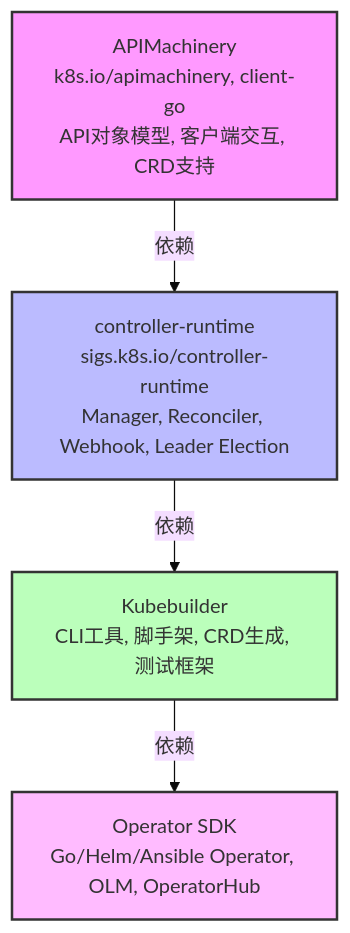
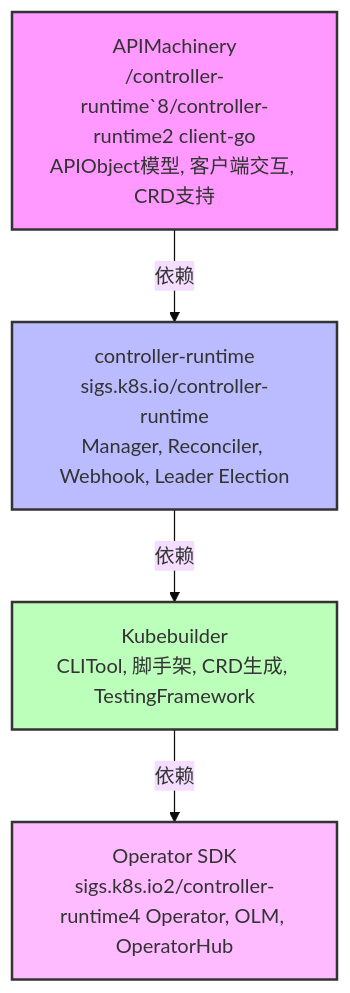
One commit to liweinan/deepseek-answers changed the first of 2 diagrams in files/controller-runtime.md. Above: the diagram before and after it, drawn with Mermaid (base theme). The commit also changed other lines of this file and 135 other files, not shown here.

````diff
--- a/files/controller-runtime.md
+++ b/files/controller-runtime.md
@@ -131,11 +131,11 @@
 ```mermaid
 graph TD
-    A[APIMachinery<br>k8s.io/apimachinery, client-go<br>API对象模型, 客户端交互, CRD支持] -->|依赖| B[controller-runtime<br>sigs.k8s.io/controller-runtime<br>Manager, Reconciler, Webhook, Leader Election]
-    B -->|依赖| C[Kubebuilder<br>CLI工具, 脚手架, CRD生成, 测试框架]
-    C -->|依赖| D[Operator SDK<br>Go/Helm/Ansible Operator, OLM, OperatorHub]
+    A[APIMachinery<br>/controller-runtime`8/controller-runtime2 client-go<br>APIObject模型, 客户端交互, CRD支持] -->|依赖| B[controller-runtime<br>sigs.k8s.io/controller-runtime<br>Manager, Reconciler, Webhook, Leader Election]
+    B -->|依赖| C[Kubebuilder<br>CLITool, 脚手架, CRD生成, TestingFramework]
+    C -->|依赖| D[Operator SDK<br>sigs.k8s.io2/controller-runtime4 Operator, OLM, OperatorHub]
     
     style A fill:#f9f,stroke:#333,stroke-width:2px
     style B fill:#bbf,stroke:#333,stroke-width:2px
     style C fill:#bfb,stroke:#333,stroke-width:2px
     style D fill:#fbf,stroke:#333,stroke-width:2px
 ```
````
